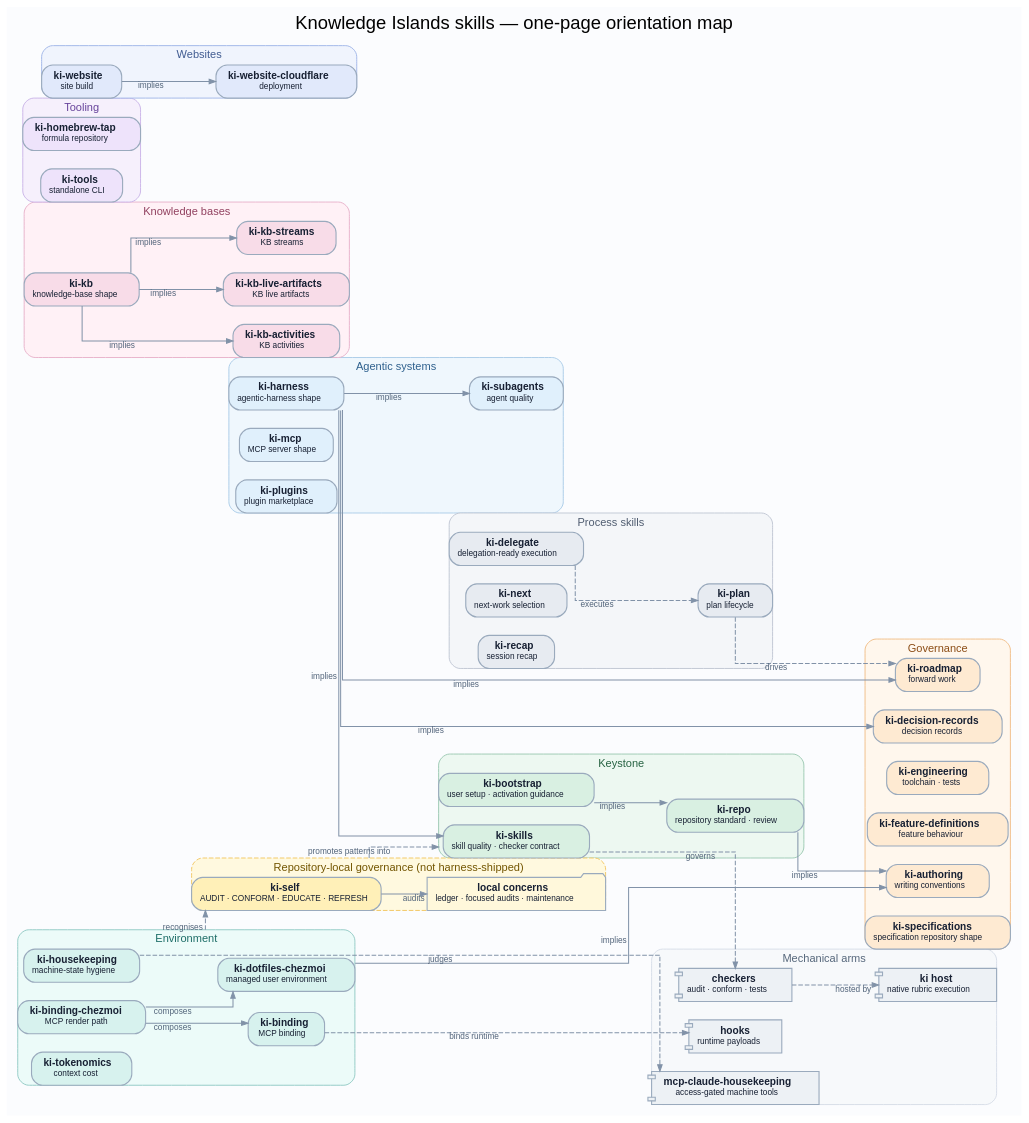
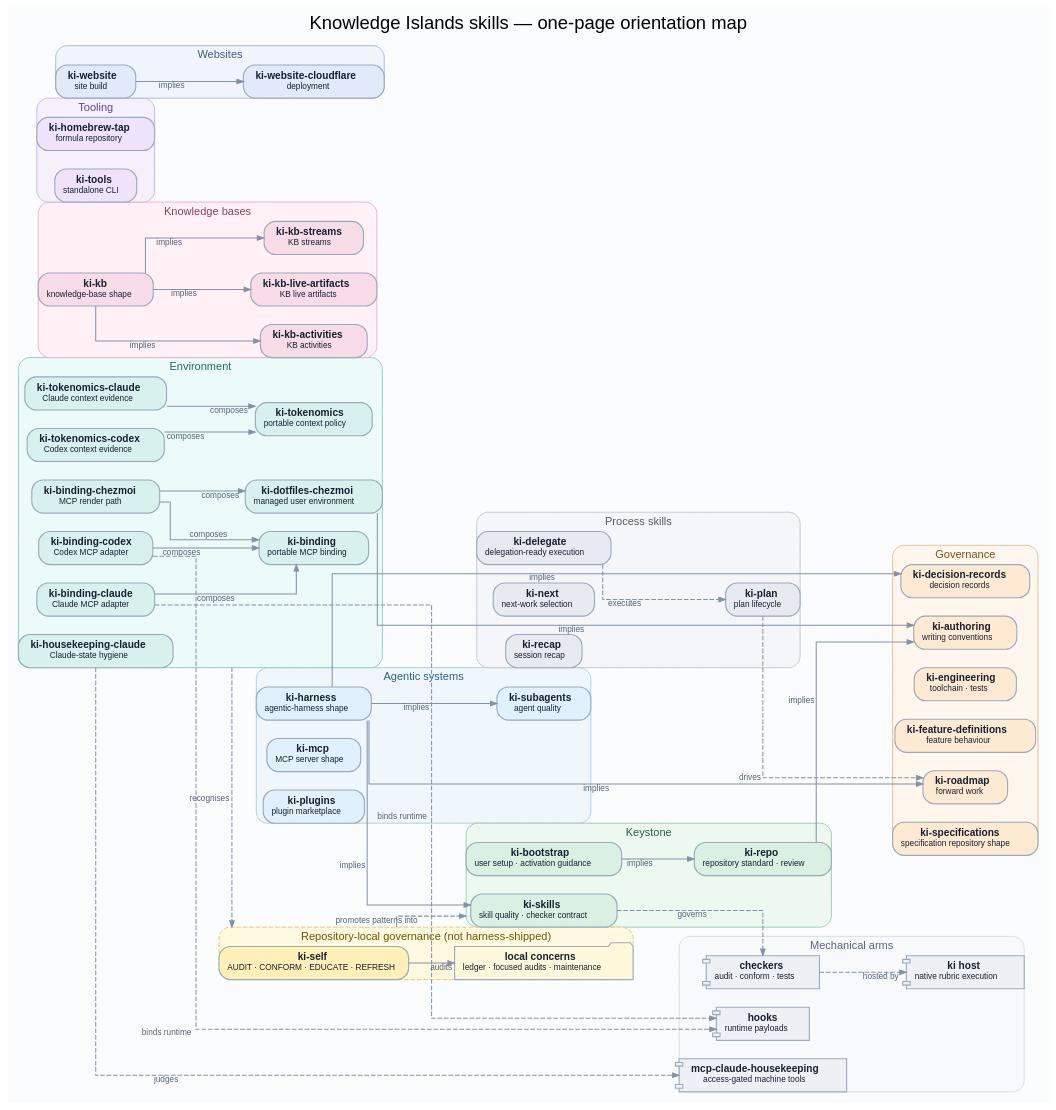
Before and after one commit to knowledgeislands/arcadia-skills: the diagram in docs/diagrams/skills-map.dot, drawn with Graphviz. The commit also changed 17 other files, not shown here.

Commit message:
docs(runtime): align environment capability taxonomy

```diff
--- a/docs/diagrams/skills-map.dot
+++ b/docs/diagrams/skills-map.dot
@@ -1,187 +1,196 @@
 // Canonical source for the harness skills map. DOT is authoritative; regenerate
 // skills-map.svg with: dot -Tsvg skills-map.dot -o skills-map.svg
 digraph skills_map {
   graph [
     bgcolor="#fbfcfe"
     color="#d9e1ea"
     compound=true
     fontname="Helvetica"
     fontsize=20
     label="Knowledge Islands skills — one-page orientation map"
     labelloc=t
     margin=0.25
     nodesep=0.28
     rankdir=LR
     ranksep=0.7
     splines=ortho
   ]
 
   node [
     color="#9aaabd"
     fontcolor="#172033"
     fontname="Helvetica"
     fontsize=11
     margin="0.13,0.08"
     penwidth=1.2
     shape=box
     style="rounded,filled"
   ]
 
   edge [
     arrowsize=0.7
     color="#8192a8"
     fontcolor="#52647a"
     fontname="Helvetica"
     fontsize=9
     penwidth=1.1
   ]
 
   subgraph cluster_agentic_systems {
     color="#a9cbe8"
     fontcolor="#2e608d"
     fontsize=12
     label="Agentic systems"
     style="rounded,filled"
     fillcolor="#eff7fd"
     harness [fillcolor="#e0f0fc", label=< <b>ki-harness</b><br/><font point-size="9">agentic-harness shape</font> >]
     mcp [fillcolor="#e0f0fc", label=< <b>ki-mcp</b><br/><font point-size="9">MCP server shape</font> >]
     plugins [fillcolor="#e0f0fc", label=< <b>ki-plugins</b><br/><font point-size="9">plugin marketplace</font> >]
     agents [fillcolor="#e0f0fc", label=< <b>ki-subagents</b><br/><font point-size="9">agent quality</font> >]
   }
 
   subgraph cluster_environment {
     color="#8fc9c4"
     fontcolor="#1d6d67"
     fontsize=12
     label="Environment"
     style="rounded,filled"
     fillcolor="#ecfbf9"
-    binding [fillcolor="#d7f2ee", label=< <b>ki-binding</b><br/><font point-size="9">MCP binding</font> >]
+    binding [fillcolor="#d7f2ee", label=< <b>ki-binding</b><br/><font point-size="9">portable MCP binding</font> >]
+    binding_claude [fillcolor="#d7f2ee", label=< <b>ki-binding-claude</b><br/><font point-size="9">Claude MCP adapter</font> >]
+    binding_codex [fillcolor="#d7f2ee", label=< <b>ki-binding-codex</b><br/><font point-size="9">Codex MCP adapter</font> >]
     binding_chezmoi [fillcolor="#d7f2ee", label=< <b>ki-binding-chezmoi</b><br/><font point-size="9">MCP render path</font> >]
     dotfiles [fillcolor="#d7f2ee", label=< <b>ki-dotfiles-chezmoi</b><br/><font point-size="9">managed user environment</font> >]
-    housekeeping [fillcolor="#d7f2ee", label=< <b>ki-housekeeping</b><br/><font point-size="9">machine-state hygiene</font> >]
-    tokenomics [fillcolor="#d7f2ee", label=< <b>ki-tokenomics</b><br/><font point-size="9">context cost</font> >]
+    housekeeping_claude [fillcolor="#d7f2ee", label=< <b>ki-housekeeping-claude</b><br/><font point-size="9">Claude-state hygiene</font> >]
+    tokenomics [fillcolor="#d7f2ee", label=< <b>ki-tokenomics</b><br/><font point-size="9">portable context policy</font> >]
+    tokenomics_claude [fillcolor="#d7f2ee", label=< <b>ki-tokenomics-claude</b><br/><font point-size="9">Claude context evidence</font> >]
+    tokenomics_codex [fillcolor="#d7f2ee", label=< <b>ki-tokenomics-codex</b><br/><font point-size="9">Codex context evidence</font> >]
   }
 
   subgraph cluster_governance {
     color="#f0bd86"
     fontcolor="#8c4d16"
     fontsize=12
     label="Governance"
     style="rounded,filled"
     fillcolor="#fff7ed"
     authoring [fillcolor="#feead2", label=< <b>ki-authoring</b><br/><font point-size="9">writing conventions</font> >, tooltip="Markdown and TOML authoring conventions"]
     decisions [fillcolor="#feead2", label=< <b>ki-decision-records</b><br/><font point-size="9">decision records</font> >]
     engineering [fillcolor="#feead2", label=< <b>ki-engineering</b><br/><font point-size="9">toolchain · tests</font> >, tooltip="Engineering toolchain and tests"]
     features [fillcolor="#feead2", label=< <b>ki-feature-definitions</b><br/><font point-size="9">feature behaviour</font> >]
     roadmap [fillcolor="#feead2", label=< <b>ki-roadmap</b><br/><font point-size="9">forward work</font> >]
     specifications [fillcolor="#feead2", label=< <b>ki-specifications</b><br/><font point-size="9">specification repository shape</font> >]
   }
 
   subgraph cluster_keystone {
     color="#9ac8b1"
     fontcolor="#266242"
     fontsize=12
     label="Keystone"
     style="rounded,filled"
     fillcolor="#edf8f1"
     bootstrap [fillcolor="#d9f0e2", label=< <b>ki-bootstrap</b><br/><font point-size="9">user setup · activation guidance</font> >, tooltip="Guidance for CLI bootstrap, harnesses, and skill activation"]
     repo [fillcolor="#d9f0e2", label=< <b>ki-repo</b><br/><font point-size="9">repository standard · review</font> >, tooltip="Repository structure, settings, .ki-config.toml, and human-led review"]
     skills [fillcolor="#d9f0e2", label=< <b>ki-skills</b><br/><font point-size="9">skill quality · checker contract</font> >]
   }
 
   subgraph cluster_knowledge_bases {
     color="#e7b0c9"
     fontcolor="#91405f"
     fontsize=12
     label="Knowledge bases"
     style="rounded,filled"
     fillcolor="#fff1f6"
     kb [fillcolor="#f8dce8", label=< <b>ki-kb</b><br/><font point-size="9">knowledge-base shape</font> >]
     kb_activities [fillcolor="#f8dce8", label=< <b>ki-kb-activities</b><br/><font point-size="9">KB activities</font> >]
     kb_artifacts [fillcolor="#f8dce8", label=< <b>ki-kb-live-artifacts</b><br/><font point-size="9">KB live artifacts</font> >]
     kb_streams [fillcolor="#f8dce8", label=< <b>ki-kb-streams</b><br/><font point-size="9">KB streams</font> >]
   }
 
   subgraph cluster_process {
     color="#bfc6d3"
     fontcolor="#4f5c70"
     fontsize=12
     label="Process skills"
     style="rounded,filled"
     fillcolor="#f4f6f9"
     delegate [fillcolor="#e7ebf1", label=< <b>ki-delegate</b><br/><font point-size="9">delegation-ready execution</font> >]
     next [fillcolor="#e7ebf1", label=< <b>ki-next</b><br/><font point-size="9">next-work selection</font> >]
     plan [fillcolor="#e7ebf1", label=< <b>ki-plan</b><br/><font point-size="9">plan lifecycle</font> >]
     recap [fillcolor="#e7ebf1", label=< <b>ki-recap</b><br/><font point-size="9">session recap</font> >]
   }
 
   subgraph cluster_tooling {
     color="#c9b3e8"
     fontcolor="#67439b"
     fontsize=12
     label="Tooling"
     style="rounded,filled"
     fillcolor="#f6f0fc"
     tap [fillcolor="#eee3fb", label=< <b>ki-homebrew-tap</b><br/><font point-size="9">formula repository</font> >]
     tools [fillcolor="#eee3fb", label=< <b>ki-tools</b><br/><font point-size="9">standalone CLI</font> >]
   }
 
   subgraph cluster_websites {
     color="#9fb4e8"
     fontcolor="#405b91"
     fontsize=12
     label="Websites"
     style="rounded,filled"
     fillcolor="#f0f4fd"
     website [fillcolor="#e1e9fb", label=< <b>ki-website</b><br/><font point-size="9">site build</font> >]
     cloudflare [fillcolor="#e1e9fb", label=< <b>ki-website-cloudflare</b><br/><font point-size="9">deployment</font> >]
   }
 
   subgraph cluster_local {
     color="#f1c65f"
     fontcolor="#735500"
     fontsize=12
     label="Repository-local governance (not harness-shipped)"
     style="rounded,filled,dashed"
     fillcolor="#fff9df"
     self [fillcolor="#fff0b8", label=< <b>ki-self</b><br/><font point-size="9">AUDIT · CONFORM · EDUCATE · REFRESH</font> >, tooltip="Local concerns; audit is the repository-local housekeeping audit"]
     concerns [fillcolor="#fff8db", label=< <b>local concerns</b><br/><font point-size="9">ledger · focused audits · maintenance</font> >, shape=folder, tooltip="Repository-specific checks and semi-regular human review"]
   }
 
   subgraph cluster_arms {
     color="#d6dde7"
     fontcolor="#56677b"
     fontsize=12
     label="Mechanical arms"
     style="rounded,filled"
     fillcolor="#f7f9fb"
     checkers [fillcolor="#edf1f5", label=< <b>checkers</b><br/><font point-size="9">audit · conform · tests</font> >, shape=component]
     native_host [fillcolor="#edf1f5", label=< <b>ki host</b><br/><font point-size="9">native rubric execution</font> >, shape=component]
     mcp_housekeeping [fillcolor="#edf1f5", label=< <b>mcp-claude-housekeeping</b><br/><font point-size="9">access-gated machine tools</font> >, shape=component]
     hooks [fillcolor="#edf1f5", label=< <b>hooks</b><br/><font point-size="9">runtime payloads</font> >, shape=component]
   }
 
   bootstrap -> repo [xlabel="implies"]
   repo -> authoring [xlabel="implies"]
   harness -> skills [xlabel="implies"]
   harness -> agents [xlabel="implies"]
   harness -> decisions [xlabel="implies"]
   harness -> roadmap [xlabel="implies"]
   kb -> kb_activities [xlabel="implies"]
   kb -> kb_artifacts [xlabel="implies"]
   kb -> kb_streams [xlabel="implies"]
   website -> cloudflare [xlabel="implies"]
   dotfiles -> authoring [xlabel="implies"]
   binding_chezmoi -> binding [xlabel="composes"]
   binding_chezmoi -> dotfiles [xlabel="composes"]
+  binding_claude -> binding [xlabel="composes"]
+  binding_codex -> binding [xlabel="composes"]
+  tokenomics_claude -> tokenomics [xlabel="composes"]
+  tokenomics_codex -> tokenomics [xlabel="composes"]
   plan -> roadmap [xlabel="drives", style=dashed]
   delegate -> plan [xlabel="executes", style=dashed]
-  housekeeping -> mcp_housekeeping [xlabel="judges", style=dashed]
-  housekeeping -> self [xlabel="recognises", style=dashed, ltail=cluster_environment, lhead=cluster_local]
+  housekeeping_claude -> mcp_housekeeping [xlabel="judges", style=dashed]
+  housekeeping_claude -> self [xlabel="recognises", style=dashed, ltail=cluster_environment, lhead=cluster_local]
   self -> concerns [xlabel="audits"]
   self -> skills [xlabel="promotes patterns into", style=dashed, ltail=cluster_local, lhead=cluster_keystone]
   skills -> checkers [xlabel="governs", style=dashed]
   checkers -> native_host [xlabel="hosted by", style=dashed]
-  binding -> hooks [xlabel="binds runtime", style=dashed]
+  binding_claude -> hooks [xlabel="binds runtime", style=dashed]
+  binding_codex -> hooks [xlabel="binds runtime", style=dashed]
 }
```
